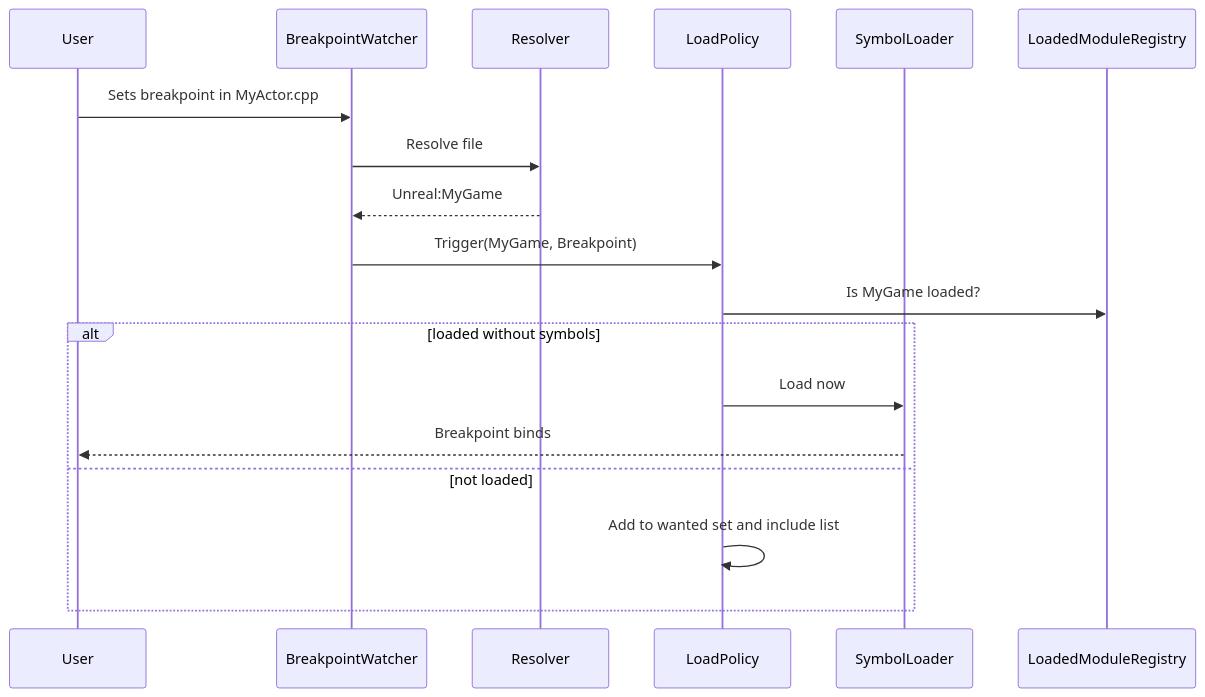
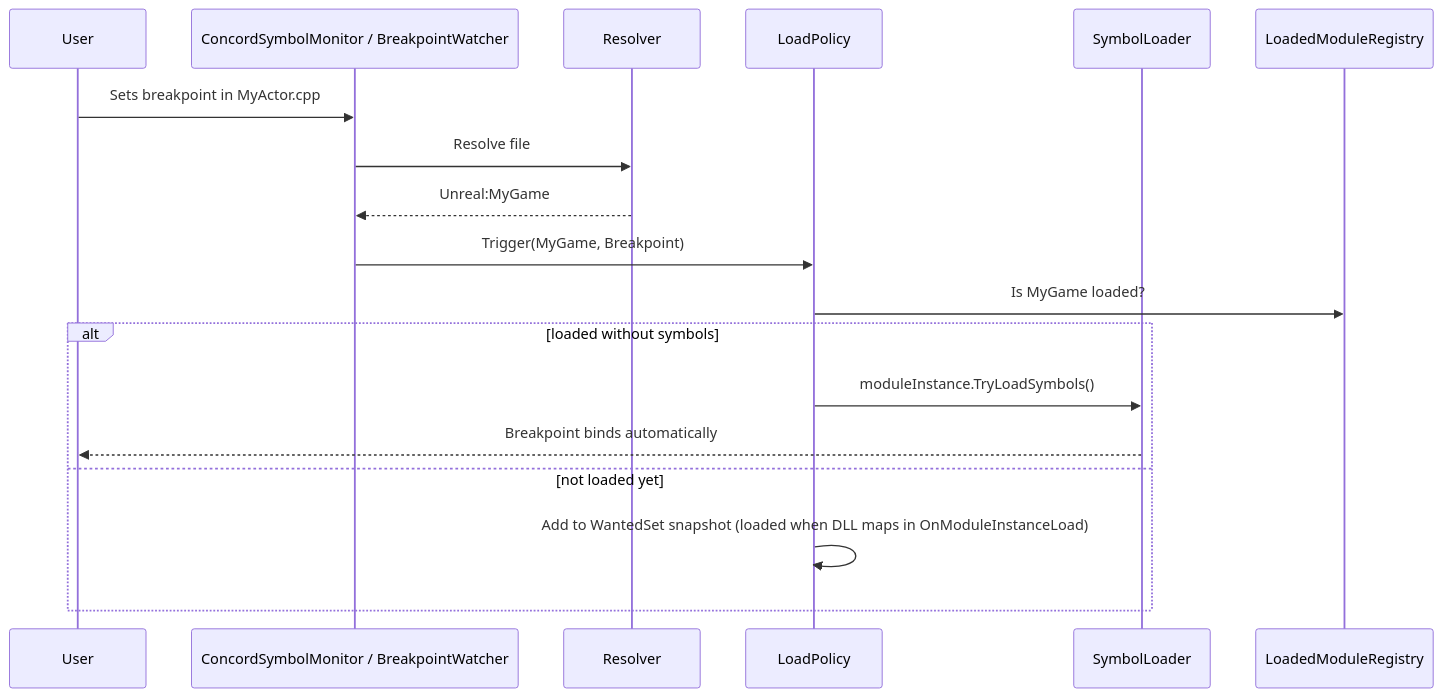
One commit to mattshepcar/VSOnDemandSymbols changed the third of 3 diagrams in docs/ARCHITECTURE.md. Above: the diagram before and after it, drawn with Mermaid. The commit also changed other lines of this file and 11 other files, not shown here.

Commit message:
Revise spec, architecture, and Phase 0 spikes to use Concord Hybrid (D-15)

````diff
--- a/docs/ARCHITECTURE.md
+++ b/docs/ARCHITECTURE.md
@@ -130,20 +134,20 @@
 ```mermaid
 sequenceDiagram
     participant U as User
-    participant BW as BreakpointWatcher
+    participant C as ConcordSymbolMonitor / BreakpointWatcher
     participant R as Resolver
     participant P as LoadPolicy
     participant L as SymbolLoader
     participant M as LoadedModuleRegistry
-    U->>BW: Sets breakpoint in MyActor.cpp
-    BW->>R: Resolve file
-    R-->>BW: Unreal:MyGame
-    BW->>P: Trigger(MyGame, Breakpoint)
+    U->>C: Sets breakpoint in MyActor.cpp
+    C->>R: Resolve file
+    R-->>C: Unreal:MyGame
+    C->>P: Trigger(MyGame, Breakpoint)
     P->>M: Is MyGame loaded?
     alt loaded without symbols
-        P->>L: Load now
-        L-->>U: Breakpoint binds
-    else not loaded
-        P->>P: Add to wanted set and include list
+        P->>L: moduleInstance.TryLoadSymbols()
+        L-->>U: Breakpoint binds automatically
+    else not loaded yet
+        P->>P: Add to WantedSet snapshot (loaded when DLL maps in OnModuleInstanceLoad)
     end
 ```
````
